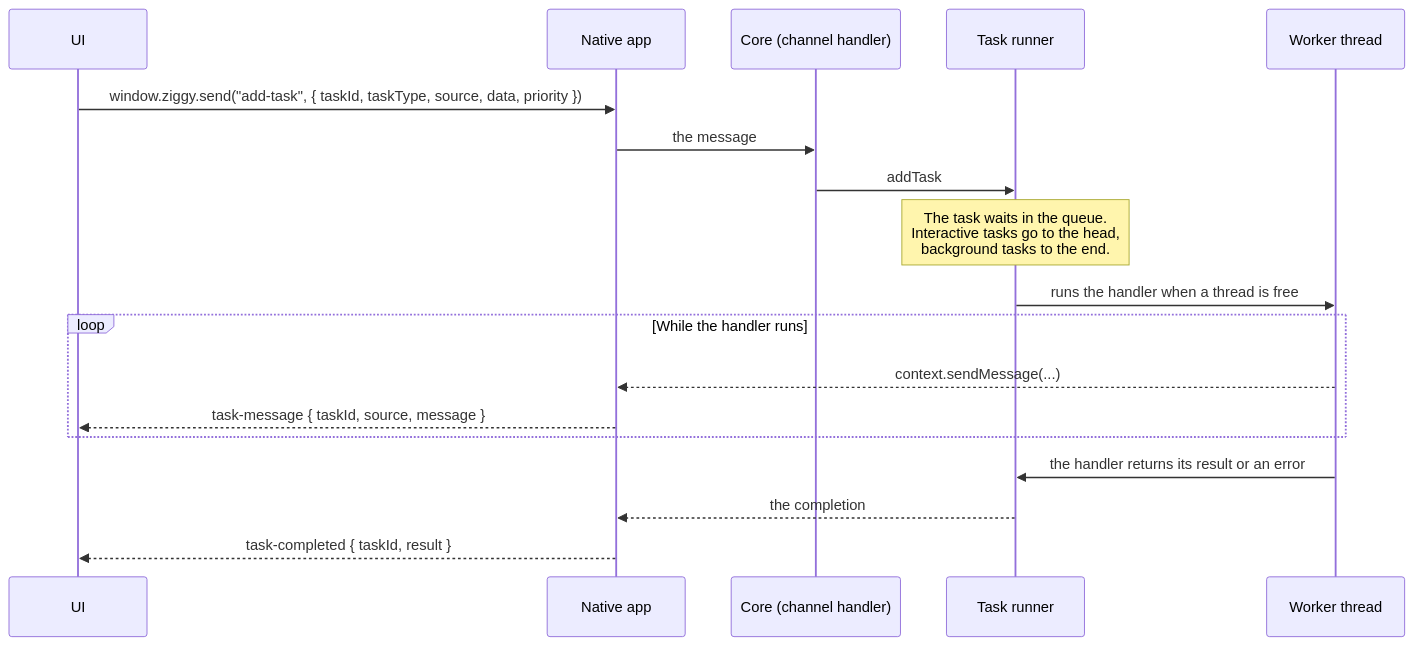
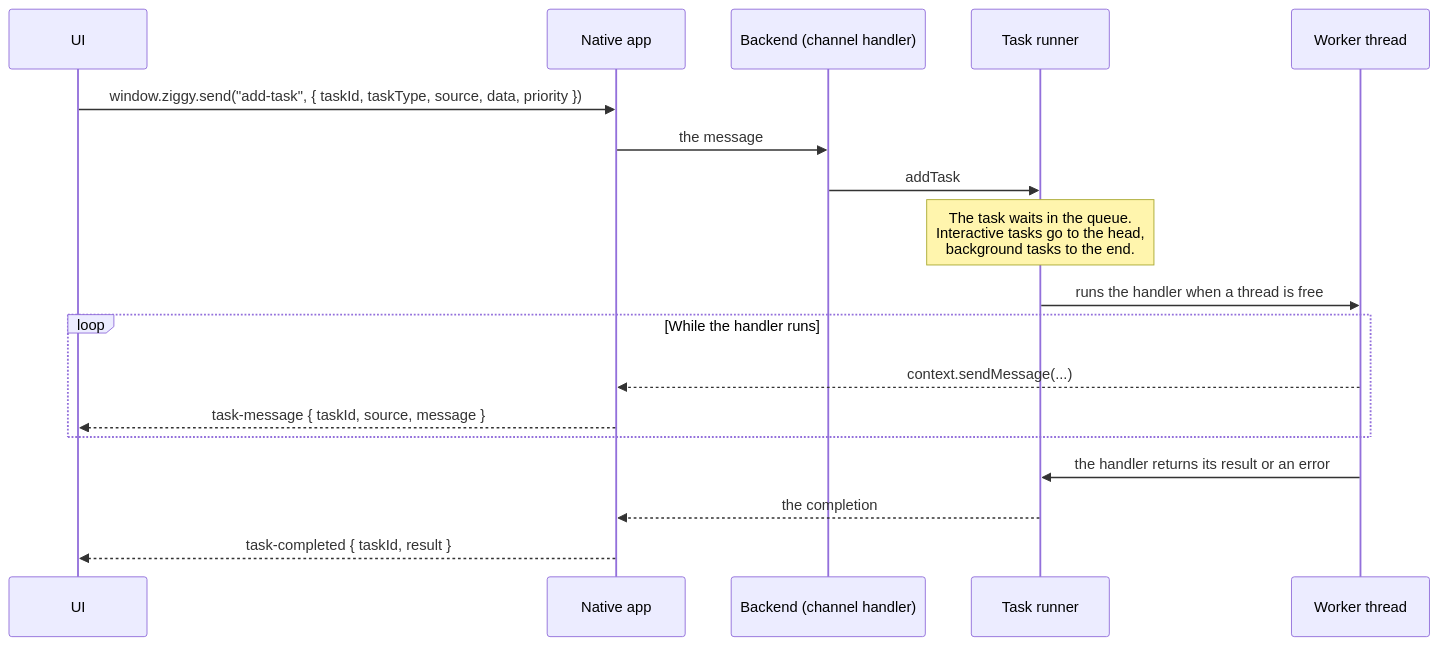
Before and after one commit to ashleydavis/ziggy: the diagram in docs/tasks.md, drawn with Mermaid. The commit also changed other lines of this file and 356 other files, not shown here.

````diff
--- a/docs/tasks.md
+++ b/docs/tasks.md
@@ -7,21 +7,21 @@
 ```mermaid
 sequenceDiagram
     participant UI
     participant NativeApp as Native app
-    participant Core as Core (channel handler)
+    participant Backend as Backend (channel handler)
     participant Runner as Task runner
     participant Worker as Worker thread
 
     UI->>NativeApp: window.ziggy.send("add-task", { taskId, taskType, source, data, priority })
-    NativeApp->>Core: the message
-    Core->>Runner: addTask
+    NativeApp->>Backend: the message
+    Backend->>Runner: addTask
     Note over Runner: The task waits in the queue.<br/>Interactive tasks go to the head,<br/>background tasks to the end.
     Runner->>Worker: runs the handler when a thread is free
     loop While the handler runs
         Worker-->>NativeApp: context.sendMessage(...)
         NativeApp-->>UI: task-message { taskId, source, message }
     end
     Worker->>Runner: the handler returns its result or an error
     Runner-->>NativeApp: the completion
     NativeApp-->>UI: task-completed { taskId, result }
 ```
````
